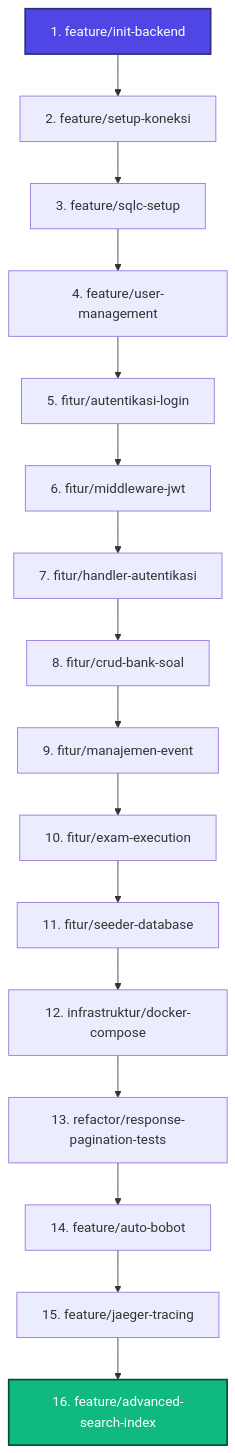
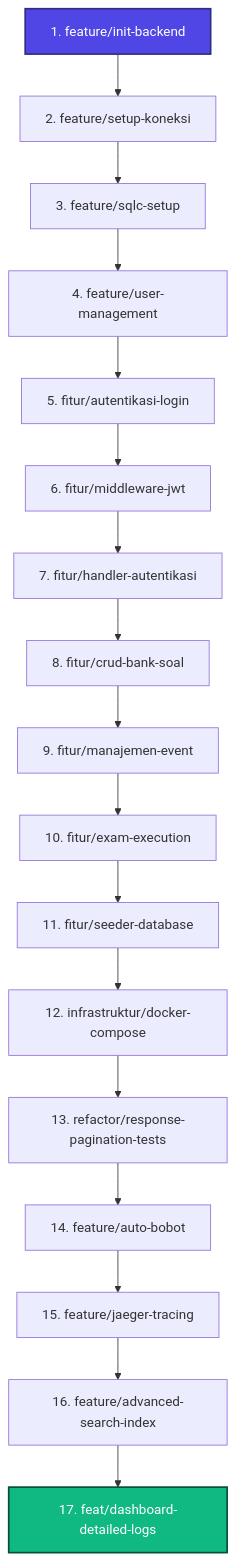
The diagram in branch-sequence.md (odealidj/pramuka-CAT), drawn with Mermaid before and after one commit. The commit also changed other lines of this file, not shown here.

Commit message:
docs: update branch sequence with feat/dashboard-detailed-logs

````diff
--- a/branch-sequence.md
+++ b/branch-sequence.md
@@ -11,21 +11,22 @@
 ```mermaid
 graph TD
     B1[1. feature/init-backend] --> B2[2. feature/setup-koneksi]
     B2 --> B3[3. feature/sqlc-setup]
     B3 --> B4[4. feature/user-management]
     B4 --> B5[5. fitur/autentikasi-login]
     B5 --> B6[6. fitur/middleware-jwt]
     B6 --> B7[7. fitur/handler-autentikasi]
     B7 --> B8[8. fitur/crud-bank-soal]
     B8 --> B9[9. fitur/manajemen-event]
     B9 --> B10[10. fitur/exam-execution]
     B10 --> B11[11. fitur/seeder-database]
     B11 --> B12[12. infrastruktur/docker-compose]
     B12 --> B13[13. refactor/response-pagination-tests]
     B13 --> B14[14. feature/auto-bobot]
     B14 --> B15[15. feature/jaeger-tracing]
     B15 --> B16[16. feature/advanced-search-index]
+    B16 --> B17[17. feat/dashboard-detailed-logs]
     
     style B1 fill:#4F46E5,stroke:#312E81,stroke-width:2px,color:#fff
-    style B16 fill:#10B981,stroke:#064E3B,stroke-width:2px,color:#fff
+    style B17 fill:#10B981,stroke:#064E3B,stroke-width:2px,color:#fff
 ```
````
